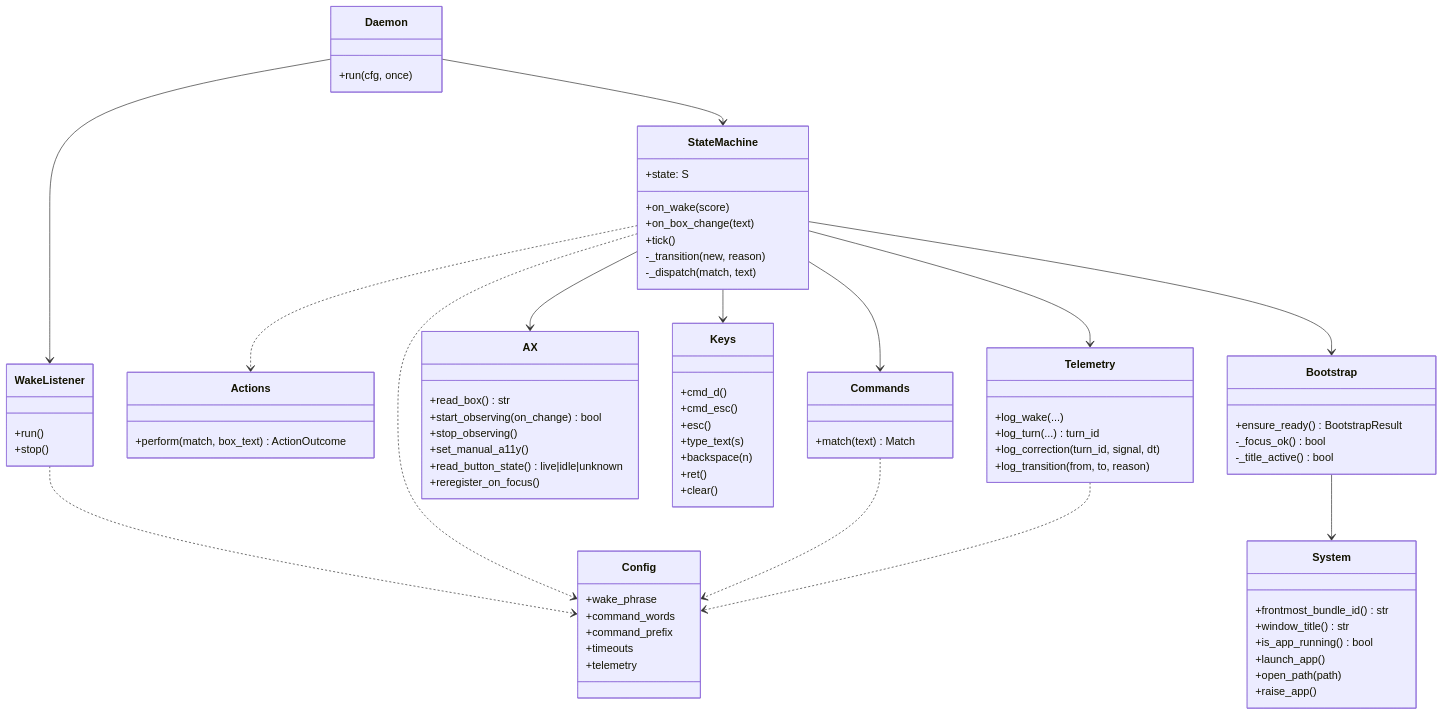
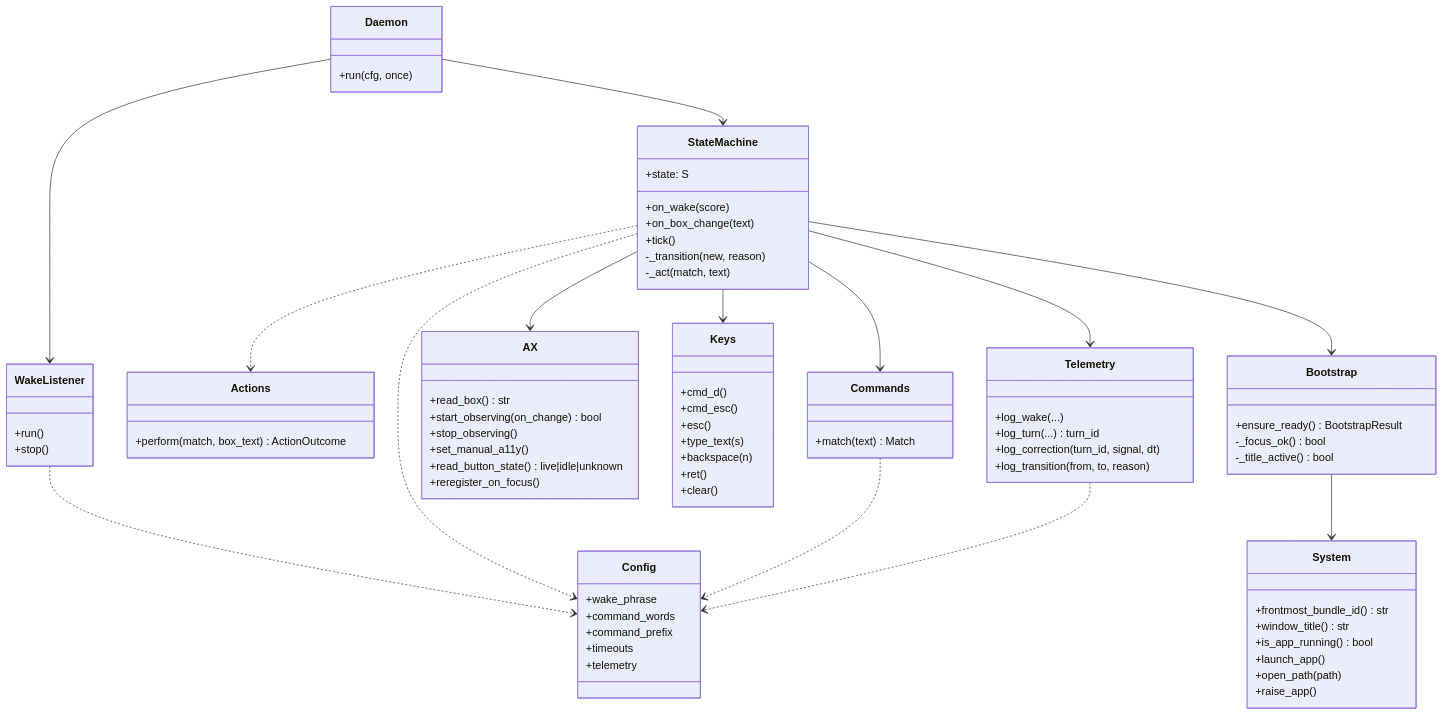
One commit to utkarshtrivedimdz/hey-claude changed the second of 8 diagrams in docs/ARCHITECTURE.md. Above: the diagram before and after it, drawn with Mermaid. The commit also changed other lines of this file and 5 other files, not shown here.

````diff
--- a/docs/ARCHITECTURE.md
+++ b/docs/ARCHITECTURE.md
@@ -64,81 +64,81 @@
 ```mermaid
 classDiagram
   class Daemon {
     +run(cfg, once)
   }
   class WakeListener {
     +run()
     +stop()
   }
   class StateMachine {
     +state: S
     +on_wake(score)
     +on_box_change(text)
     +tick()
     -_transition(new, reason)
-    -_dispatch(match, text)
+    -_act(match, text)
   }
   class Actions {
     +perform(match, box_text) ActionOutcome
   }
   class Bootstrap {
     +ensure_ready() BootstrapResult
     -_focus_ok() bool
     -_title_active() bool
   }
   class AX {
     +read_box() str
     +start_observing(on_change) bool
     +stop_observing()
     +set_manual_a11y()
     +read_button_state() live|idle|unknown
     +reregister_on_focus()
   }
   class Keys {
     +cmd_d()
     +cmd_esc()
     +esc()
     +type_text(s)
     +backspace(n)
     +ret()
     +clear()
   }
   class System {
     +frontmost_bundle_id() str
     +window_title() str
     +is_app_running() bool
     +launch_app()
     +open_path(path)
     +raise_app()
   }
   class Commands {
     +match(text) Match
   }
   class Telemetry {
     +log_wake(...)
     +log_turn(...) turn_id
     +log_correction(turn_id, signal, dt)
     +log_transition(from, to, reason)
   }
   class Config {
     +wake_phrase
     +command_words
     +command_prefix
     +timeouts
     +telemetry
   }
 
   Daemon --> WakeListener
   Daemon --> StateMachine
   StateMachine --> Bootstrap
   StateMachine --> Commands
   StateMachine --> Telemetry
   StateMachine --> AX
   StateMachine --> Keys
   StateMachine ..> Actions
   Bootstrap --> System
   WakeListener ..> Config
   StateMachine ..> Config
   Commands ..> Config
   Telemetry ..> Config
 ```
````
